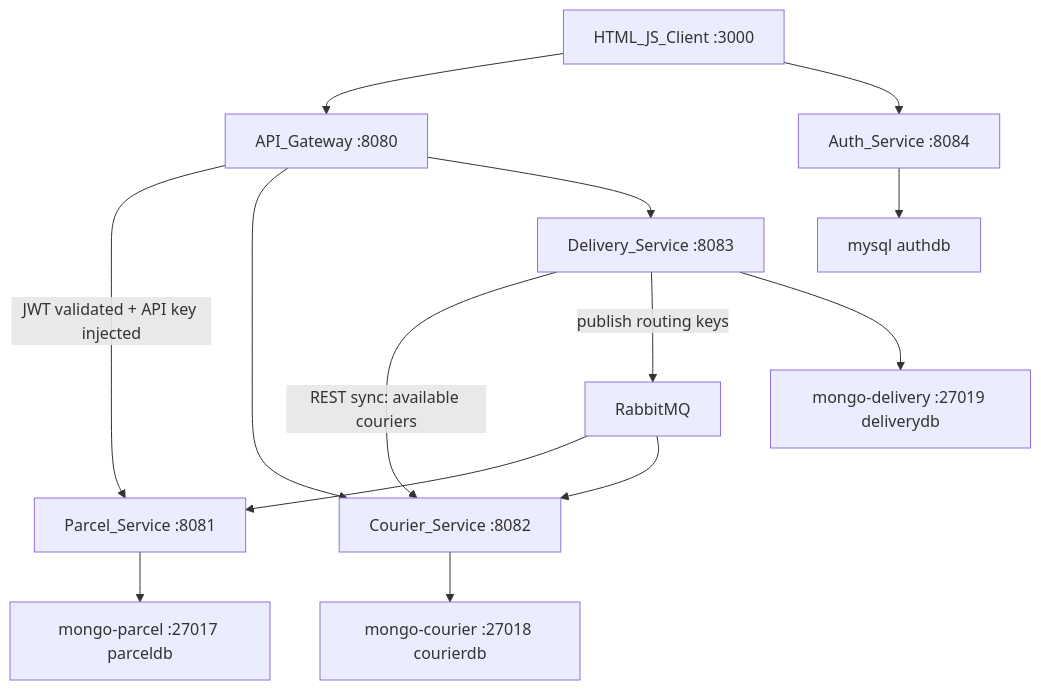
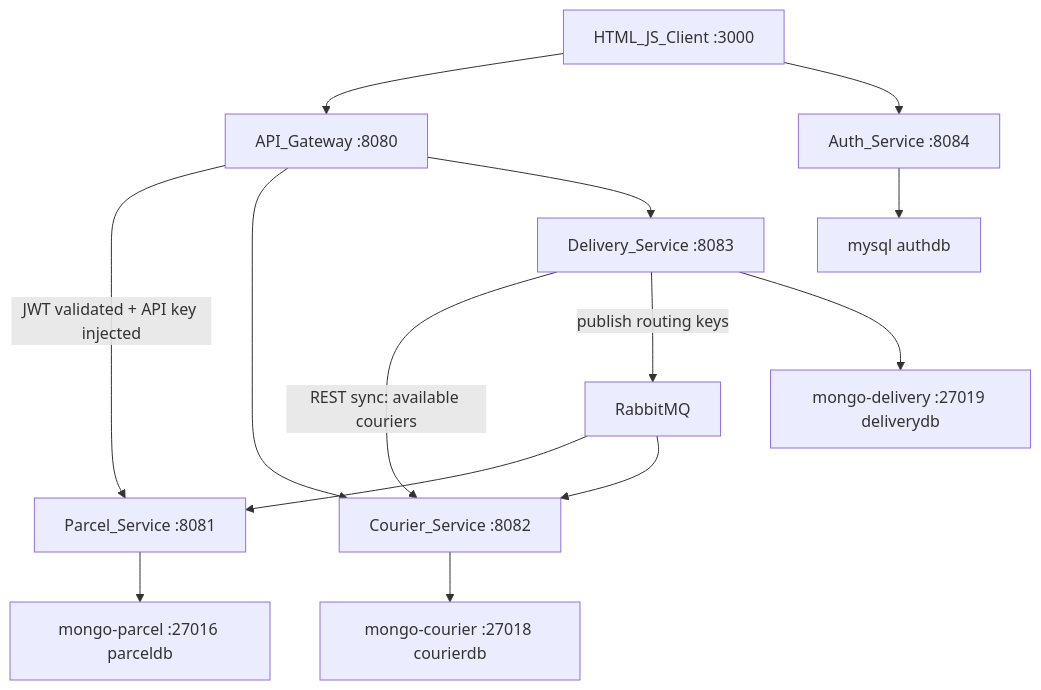
Before and after one commit to PIU2003/delivery-service: the diagram in README.md, drawn with Mermaid. The commit also changed other lines of this file and 42 other files, not shown here.

````diff
--- a/README.md
+++ b/README.md
@@ -7,16 +7,16 @@
 ```mermaid
 flowchart TB
   Client["HTML_JS_Client :3000"] --> Gateway["API_Gateway :8080"]
   Client --> Auth["Auth_Service :8084"]
   Gateway -->|"JWT validated + API key injected"| Parcel["Parcel_Service :8081"]
   Gateway --> Courier["Courier_Service :8082"]
   Gateway --> Delivery["Delivery_Service :8083"]
   Delivery -->|"REST sync: available couriers"| Courier
   Delivery -->|"publish routing keys"| RabbitMQ["RabbitMQ"]
   RabbitMQ --> Parcel
   RabbitMQ --> Courier
-  Parcel --> MongoParcel["mongo-parcel :27017 parceldb"]
+  Parcel --> MongoParcel["mongo-parcel :27016 parceldb"]
   Courier --> MongoCourier["mongo-courier :27018 courierdb"]
   Delivery --> MongoDelivery["mongo-delivery :27019 deliverydb"]
   Auth --> AuthDB["mysql authdb"]
 ```
````
